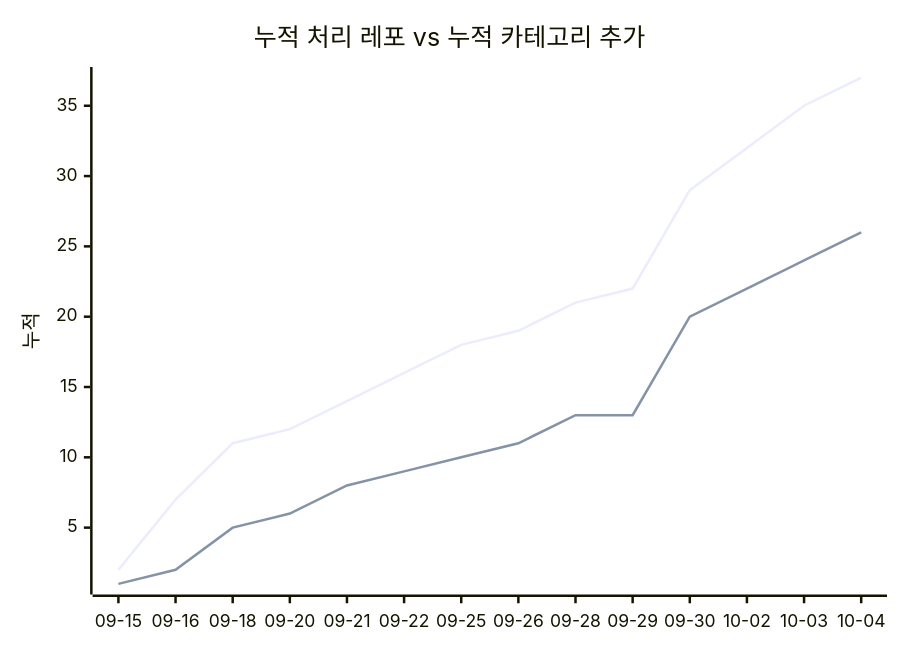
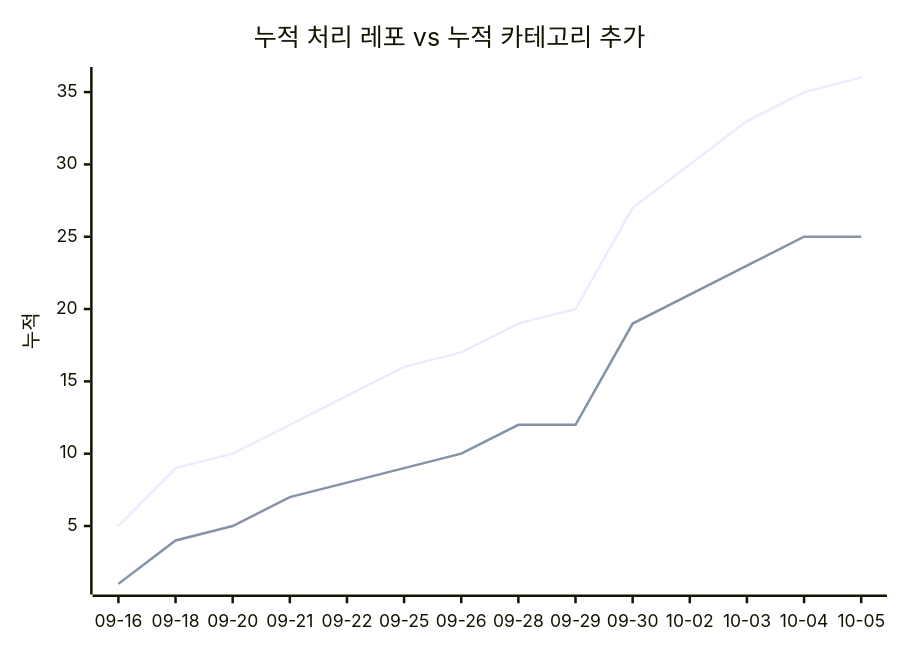
The second of 2 diagrams in docs/trends.md (J-nowcow/awesome-korean-agent-skills), drawn with Mermaid before and after one commit. The commit also changed other lines of this file and 27 other files, not shown here.

````diff
--- a/docs/trends.md
+++ b/docs/trends.md
@@ -68,8 +68,8 @@
 ```mermaid
 xychart-beta
     title "누적 처리 레포 vs 누적 카테고리 추가"
-    x-axis ["09-15","09-16","09-18","09-20","09-21","09-22","09-25","09-26","09-28","09-29","09-30","10-02","10-03","10-04"]
+    x-axis ["09-16","09-18","09-20","09-21","09-22","09-25","09-26","09-28","09-29","09-30","10-02","10-03","10-04","10-05"]
     y-axis "누적"
-    line [2,7,11,12,14,16,18,19,21,22,29,32,35,37]
-    line [1,2,5,6,8,9,10,11,13,13,20,22,24,26]
+    line [5,9,10,12,14,16,17,19,20,27,30,33,35,36]
+    line [1,4,5,7,8,9,10,12,12,19,21,23,25,25]
 ```
````
